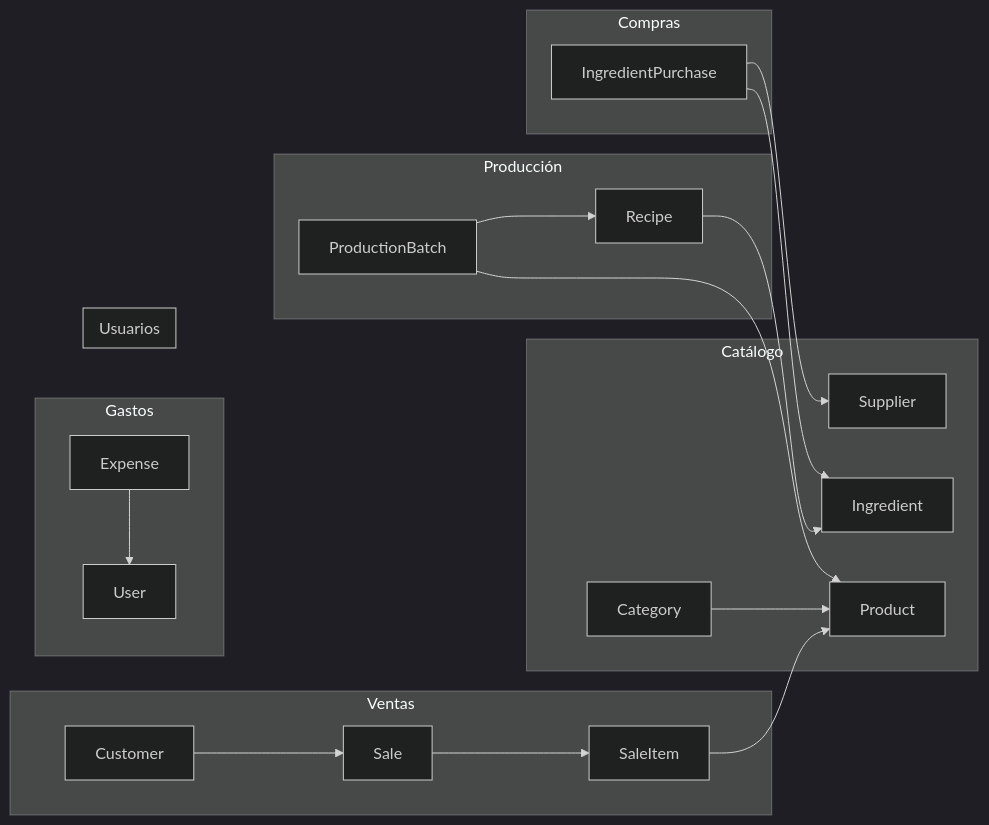
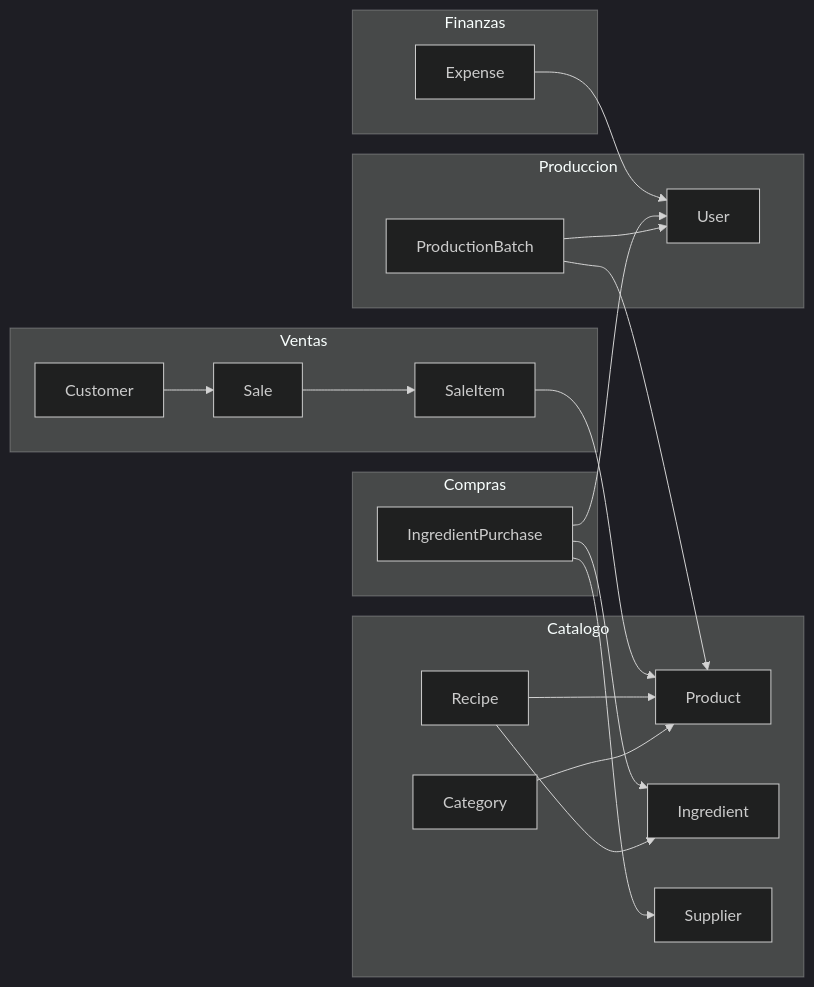
One commit to FepDev25/bakery-full-stack changed the third of 3 diagrams in README.md. Above: the diagram before and after it, drawn with Mermaid (dark theme). The commit also changed other lines of this file, not shown here.

````diff
--- a/README.md
+++ b/README.md
@@ -45,33 +81,31 @@
 ```mermaid
 flowchart LR
-    subgraph Catálogo
+    subgraph Catalogo
         Category --> Product
+        Ingredient
         Supplier
-        Ingredient
+        Recipe --> Product
+        Recipe --> Ingredient
     end
 
     subgraph Ventas
         Customer --> Sale
         Sale --> SaleItem
         SaleItem --> Product
     end
 
-    subgraph Producción
+    subgraph Produccion
         ProductionBatch --> Product
-        ProductionBatch --> Recipe
-        Recipe --> Ingredient
+        ProductionBatch --> User
     end
 
     subgraph Compras
         IngredientPurchase --> Ingredient
         IngredientPurchase --> Supplier
+        IngredientPurchase --> User
     end
 
-    subgraph Gastos
+    subgraph Finanzas
         Expense --> User
     end
-
-    subgraph Usuarios
-        User
-    end
 ```
````
